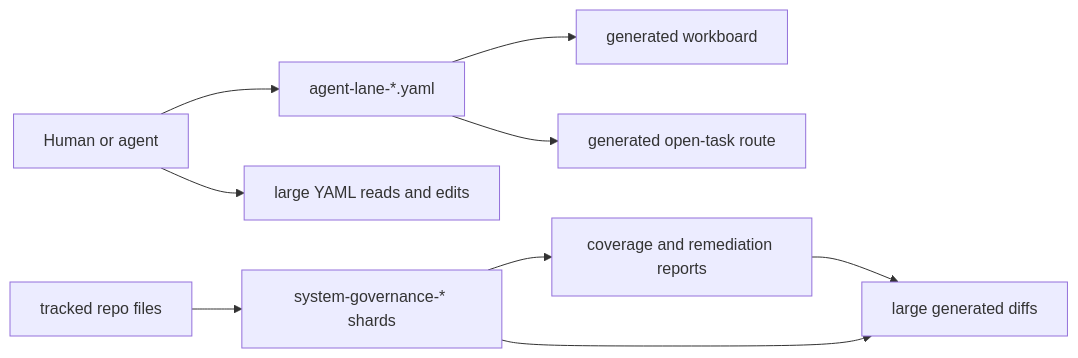
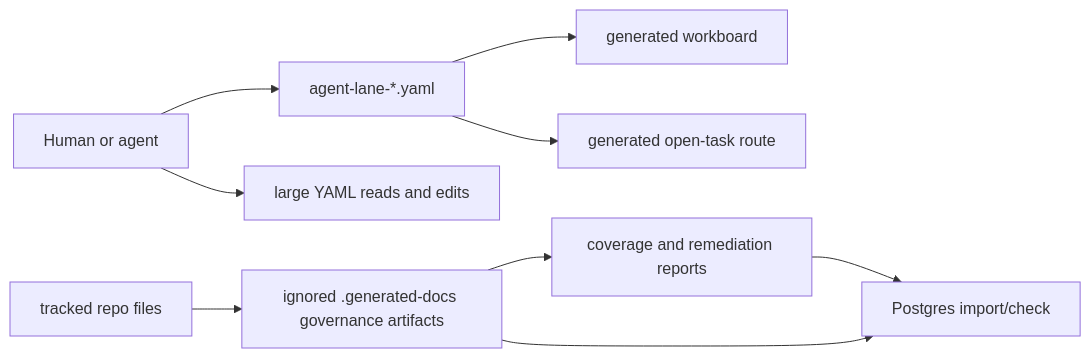
Before and after one commit to dunay2/dvt: the second of 3 diagrams in docs/planning/proposals/mandatory/governance-and-docs/planning-state-query-store-plan-20260506.md, drawn with Mermaid. The commit also changed other lines of this file and 77 other files, not shown here.

Commit message:
refactor(docs): Move governance generated artifacts out of Git

````diff
--- a/docs/planning/proposals/mandatory/governance-and-docs/planning-state-query-store-plan-20260506.md
+++ b/docs/planning/proposals/mandatory/governance-and-docs/planning-state-query-store-plan-20260506.md
@@ -197,11 +211,11 @@
 ```mermaid
 flowchart LR
   Human[Human or agent] --> LaneYaml[agent-lane-*.yaml]
   LaneYaml --> Workboard[generated workboard]
   LaneYaml --> Route[generated open-task route]
-  GitFiles[tracked repo files] --> GovIndex[system-governance-* shards]
+  GitFiles[tracked repo files] --> GovIndex[ignored .generated-docs governance artifacts]
   GovIndex --> Coverage[coverage and remediation reports]
   Human --> LargeYaml[large YAML reads and edits]
-  GovIndex --> ReviewNoise[large generated diffs]
-  Coverage --> ReviewNoise
+  GovIndex --> PgImport[Postgres import/check]
+  Coverage --> PgImport
 ```
````
